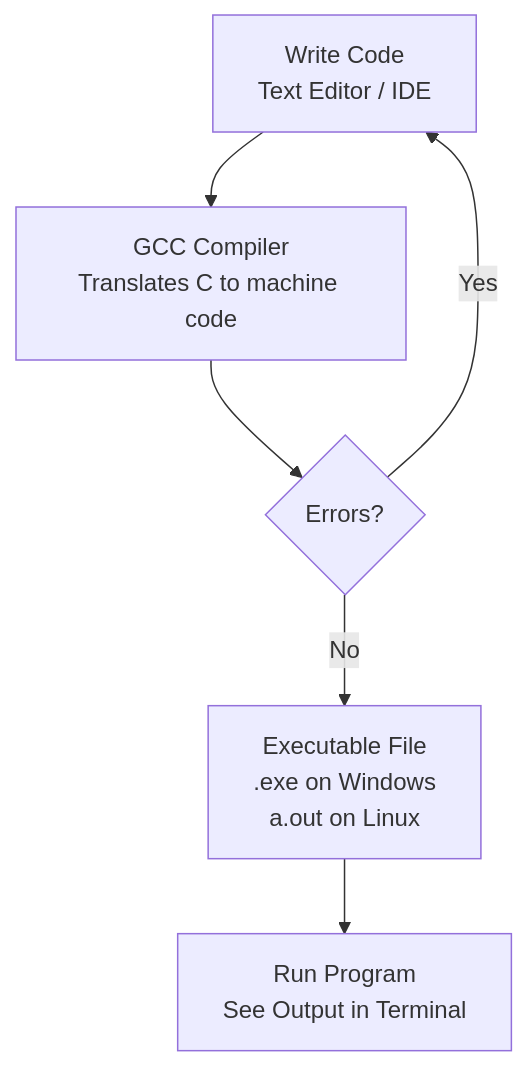
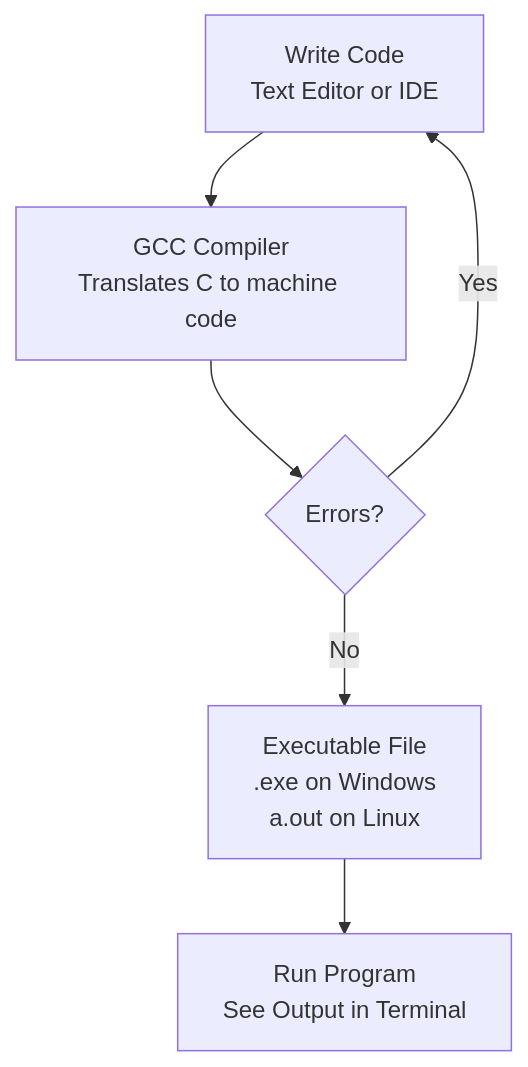
Before and after one commit to omsenjalia/dots-hyprland: the third of 4 diagrams in dots/custom/Notes/Om's Palace/C Programming/Lecture 1.md, drawn with Mermaid. The commit also changed other lines of this file and 15 other files, not shown here.

````diff
--- a/dots/custom/Notes/Om's Palace/C Programming/Lecture 1.md
+++ b/dots/custom/Notes/Om's Palace/C Programming/Lecture 1.md
@@ -74,8 +76,8 @@
 ```mermaid
 graph TD
-  A["Write Code<br/>Text Editor / IDE"] --> B["GCC Compiler<br/>Translates C to machine code"]
+  A["Write Code<br/>Text Editor or IDE"] --> B["GCC Compiler<br/>Translates C to machine code"]
   B --> C{"Errors?"}
   C -- Yes --> A
   C -- No --> D["Executable File<br/>.exe on Windows<br/>a.out on Linux"]
   D --> E["Run Program<br/>See Output in Terminal"]
 ```
````
